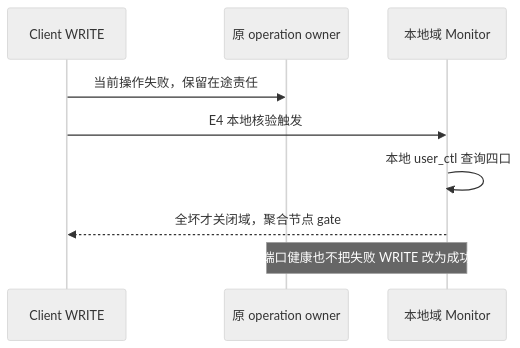
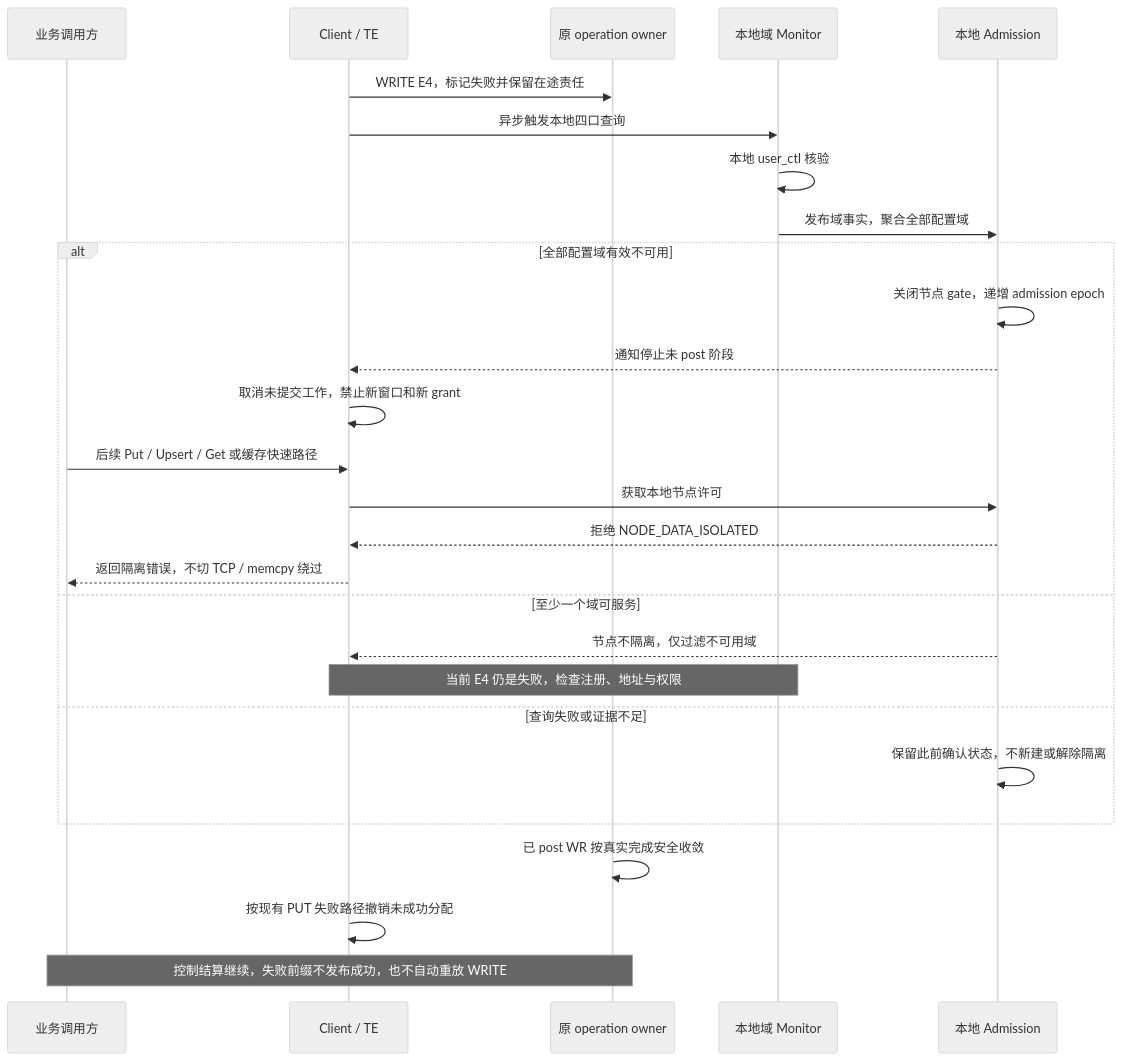
The fourth of 10 diagrams in docs/analyze/ub_fault_isolation_design.md (HangCong126/Supercache), drawn with Mermaid (neutral theme) before and after one commit. The commit also changed other lines of this file, not shown here.

Commit message:
clarify ub isolation behavior with read-write and admission sequences

````diff
--- a/docs/analyze/ub_fault_isolation_design.md
+++ b/docs/analyze/ub_fault_isolation_design.md
@@ -298,11 +328,29 @@
 ```mermaid
 sequenceDiagram
-    participant C as Client WRITE
+    participant B as 业务调用方
+    participant C as Client / TE
     participant O as 原 operation owner
     participant H as 本地域 Monitor
-    C->>O: 当前操作失败，保留在途责任
-    C->>H: E4 本地核验触发
-    H->>H: 本地 user_ctl 查询四口
-    H-->>C: 全坏才关闭域，聚合节点 gate
-    Note over O,H: 端口健康也不把失败 WRITE 改为成功
+    participant A as 本地 Admission
+    C->>O: WRITE E4，标记失败并保留在途责任
+    C->>H: 异步触发本地四口查询
+    H->>H: 本地 user_ctl 核验
+    H->>A: 发布域事实，聚合全部配置域
+    alt 全部配置域有效不可用
+        A->>A: 关闭节点 gate，递增 admission epoch
+        A-->>C: 通知停止未 post 阶段
+        C->>C: 取消未提交工作，禁止新窗口和新 grant
+        B->>C: 后续 Put / Upsert / Get 或缓存快速路径
+        C->>A: 获取本地节点许可
+        A-->>C: 拒绝 NODE_DATA_ISOLATED
+        C-->>B: 返回隔离错误，不切 TCP / memcpy 绕过
+    else 至少一个域可服务
+        A-->>C: 节点不隔离，仅过滤不可用域
+        Note over C,H: 当前 E4 仍是失败，检查注册、地址与权限
+    else 查询失败或证据不足
+        A->>A: 保留此前确认状态，不新建或解除隔离
+    end
+    O->>O: 已 post WR 按真实完成安全收敛
+    C->>C: 按现有 PUT 失败路径撤销未成功分配
+    Note over B,O: 控制结算继续，失败前缀不发布成功，也不自动重放 WRITE
 ```
````
